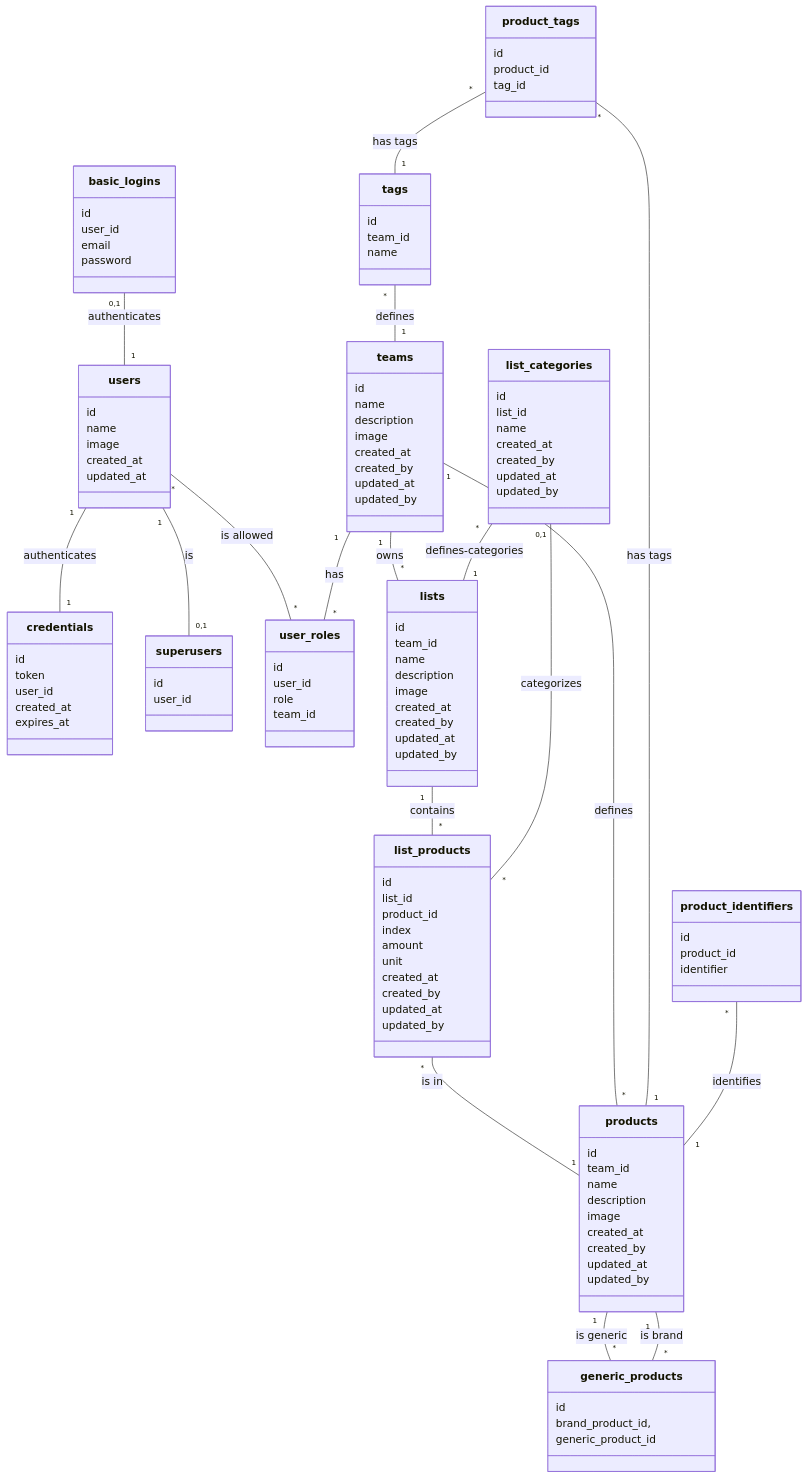
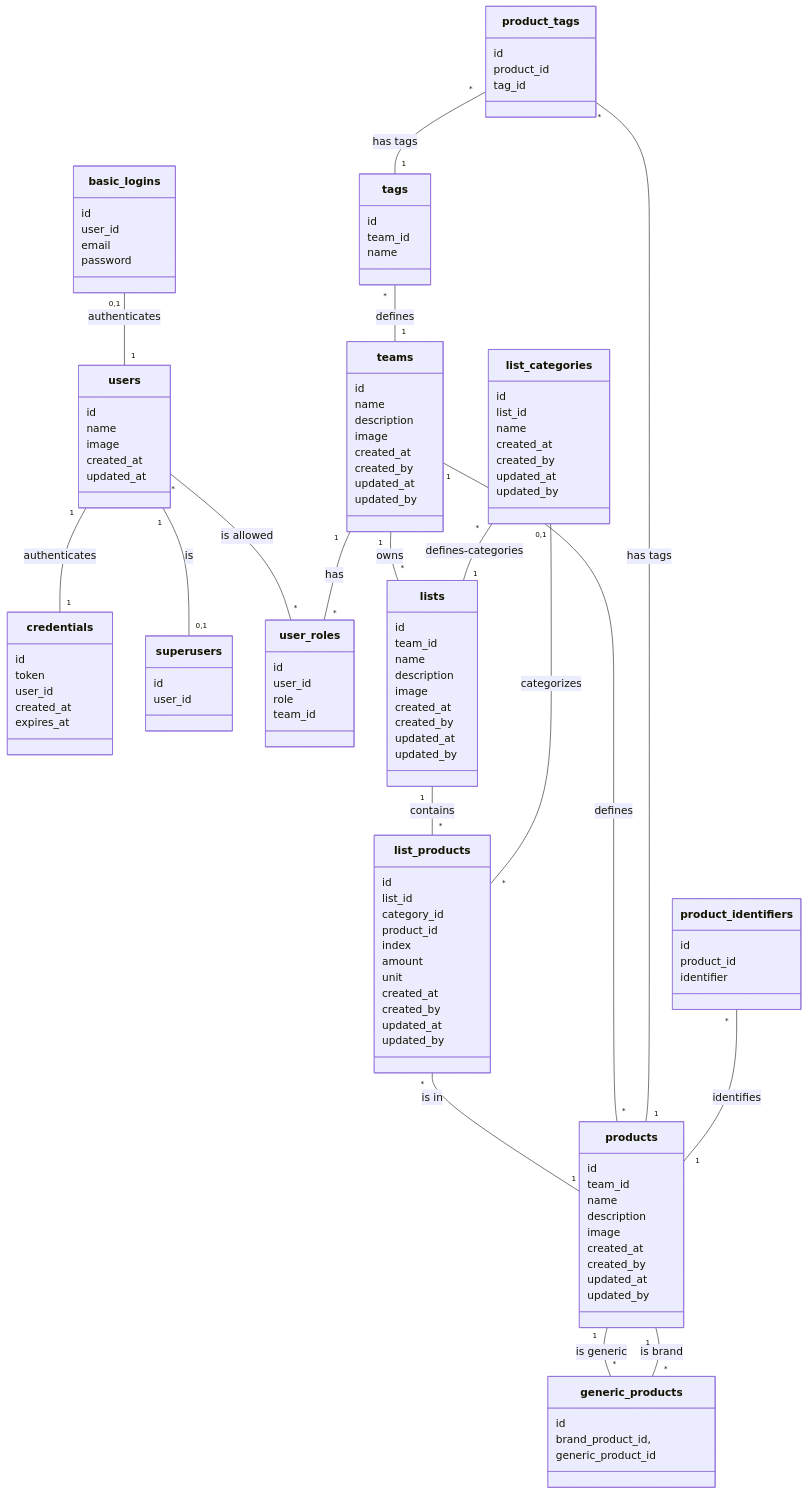
One commit to Jkutkut/ShopList changed the diagram in docs/db.md. Above: the diagram before and after it, drawn with Mermaid. The commit also changed 1 other file, not shown here.

Commit message:
bugfix: db category and amount

```diff
--- a/docs/db.md
+++ b/docs/db.md
@@ -72,6 +72,7 @@
     class list_products {
         id
         list_id
+        category_id
         product_id
         index
         amount
```
